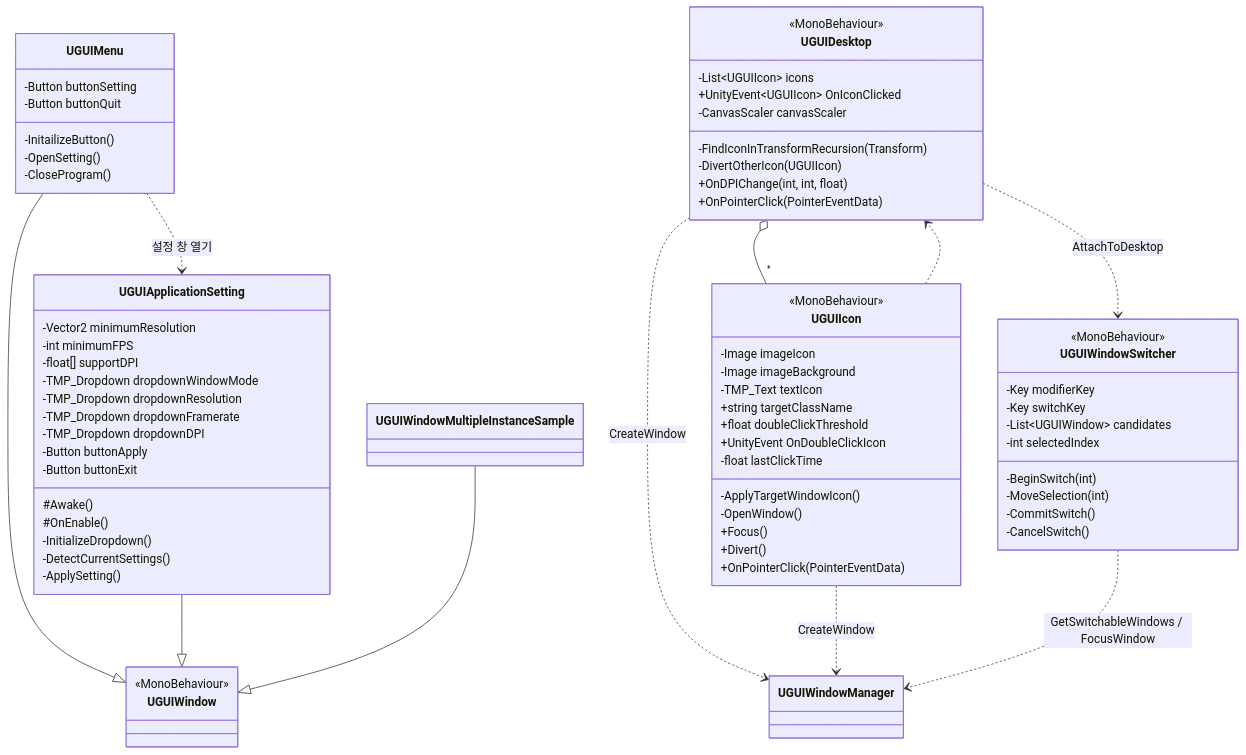
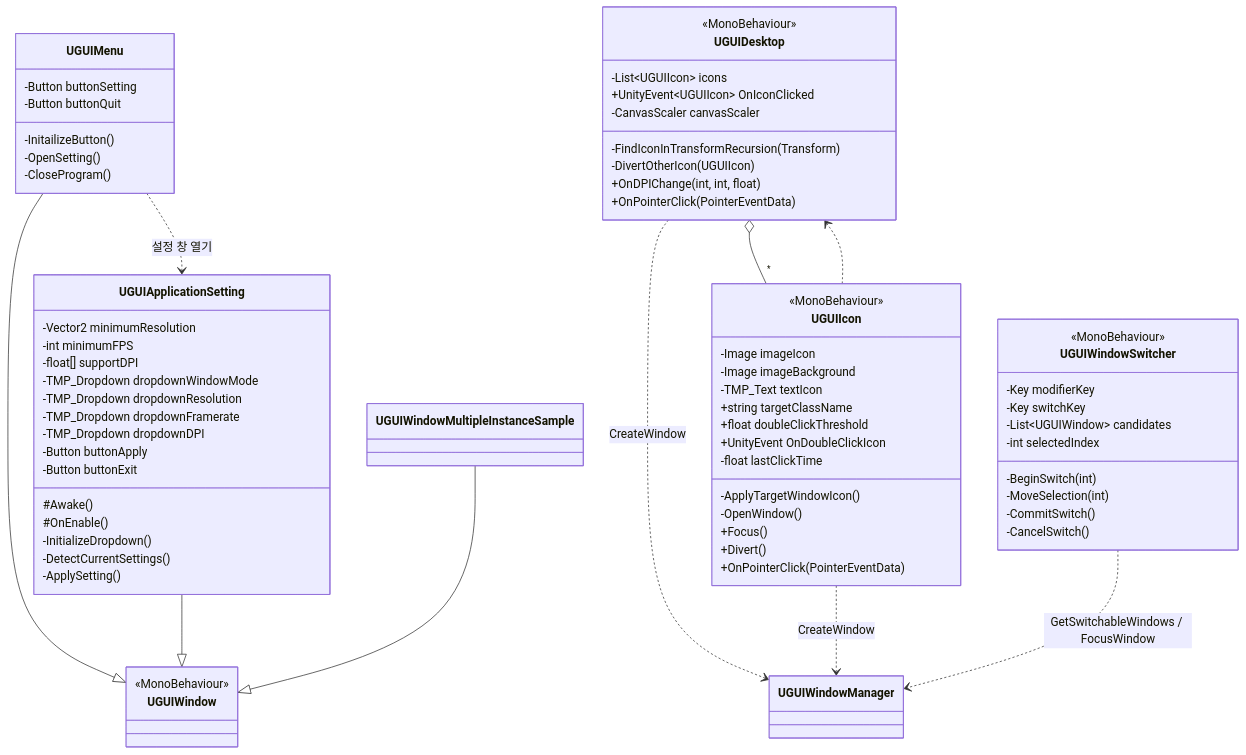
The diagram in docs/class-diagram/Sample.md (ThunderVolt45/UGUI-Window-Sample), drawn with Mermaid before and after one commit. The commit also changed other lines of this file and 9 other files, not shown here.

```diff
--- a/docs/class-diagram/Sample.md
+++ b/docs/class-diagram/Sample.md
@@ -87,7 +87,6 @@
     UGUIDesktop o-- "*" UGUIIcon
     UGUIIcon ..> UGUIDesktop
     UGUIDesktop ..> UGUIWindowManager : CreateWindow
-    UGUIDesktop ..> UGUIWindowSwitcher : AttachToDesktop
     UGUIIcon ..> UGUIWindowManager : CreateWindow
     UGUIWindowSwitcher ..> UGUIWindowManager : GetSwitchableWindows / FocusWindow
     UGUIMenu ..> UGUIApplicationSetting : 설정 창 열기
```
